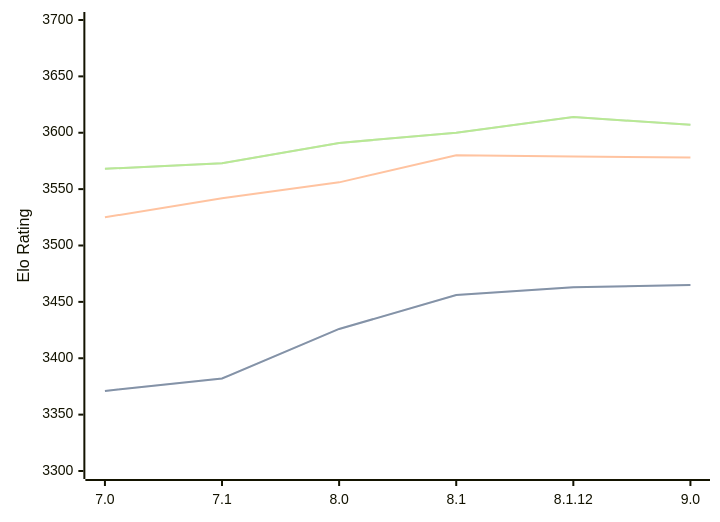
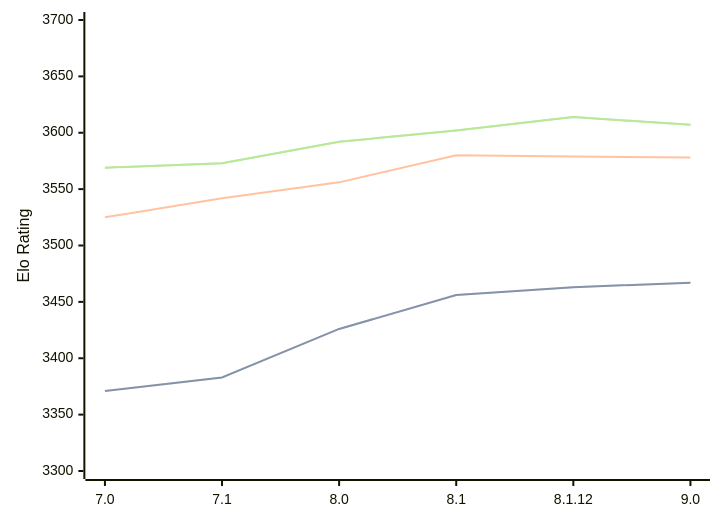
The diagram in engines/Alexandria.md (computer-chess-index/cci), drawn with Mermaid before and after one commit. The commit also changed other lines of this file, not shown here.

Commit message:
Update CCI Ratings (ELO VLTC) - 2026-03-14

````diff
--- a/engines/Alexandria.md
+++ b/engines/Alexandria.md
@@ -53,11 +53,11 @@
 ```mermaid
 %%{init: {"theme":"base","themeVariables":{"seriesColors:['#a3a3a3','#222221','#faa371']}}}%%
 xychart-beta
   x-axis ["7.0", "7.1", "8.0", "8.1", "8.1.12", "9.0"]
   y-axis "Elo Rating" 3300 --> 3700
-  line "STC (8.0+0.08s)" [3371, 3382, 3426, 3456, 3463, 3465]
-  line "STC (8.0+0.08s)" [3371, 3382, 3426, 3456, 3463, 3465]
+  line "STC (8.0+0.08s)" [3371, 3383, 3426, 3456, 3463, 3467]
+  line "STC (8.0+0.08s)" [3371, 3383, 3426, 3456, 3463, 3467]
   line "LTC (60.0+0.60s)" [3525, 3542, 3556, 3580, 3579, 3578]
-  line "VLTC (2m24s+1.12s)" [3568, 3573, 3591, 3600, 3614, 3607]
-  line "VLTC (2m24s+1.12s)" [3568, 3573, 3591, 3600, 3614, 3607]
+  line "VLTC (2m24s+1.12s)" [3569, 3573, 3592, 3602, 3614, 3607]
+  line "VLTC (2m24s+1.12s)" [3569, 3573, 3592, 3602, 3614, 3607]
 ```
````
